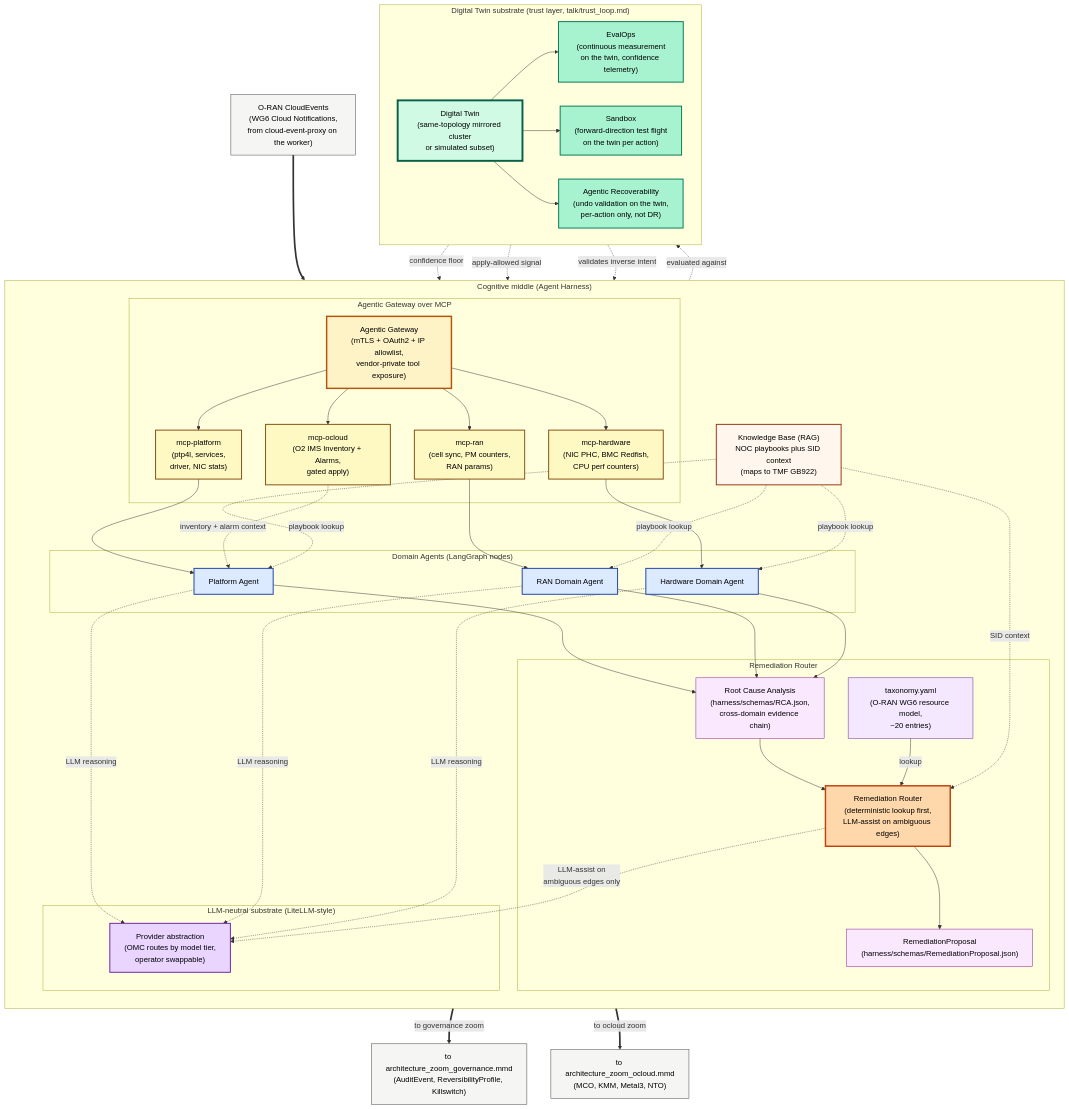
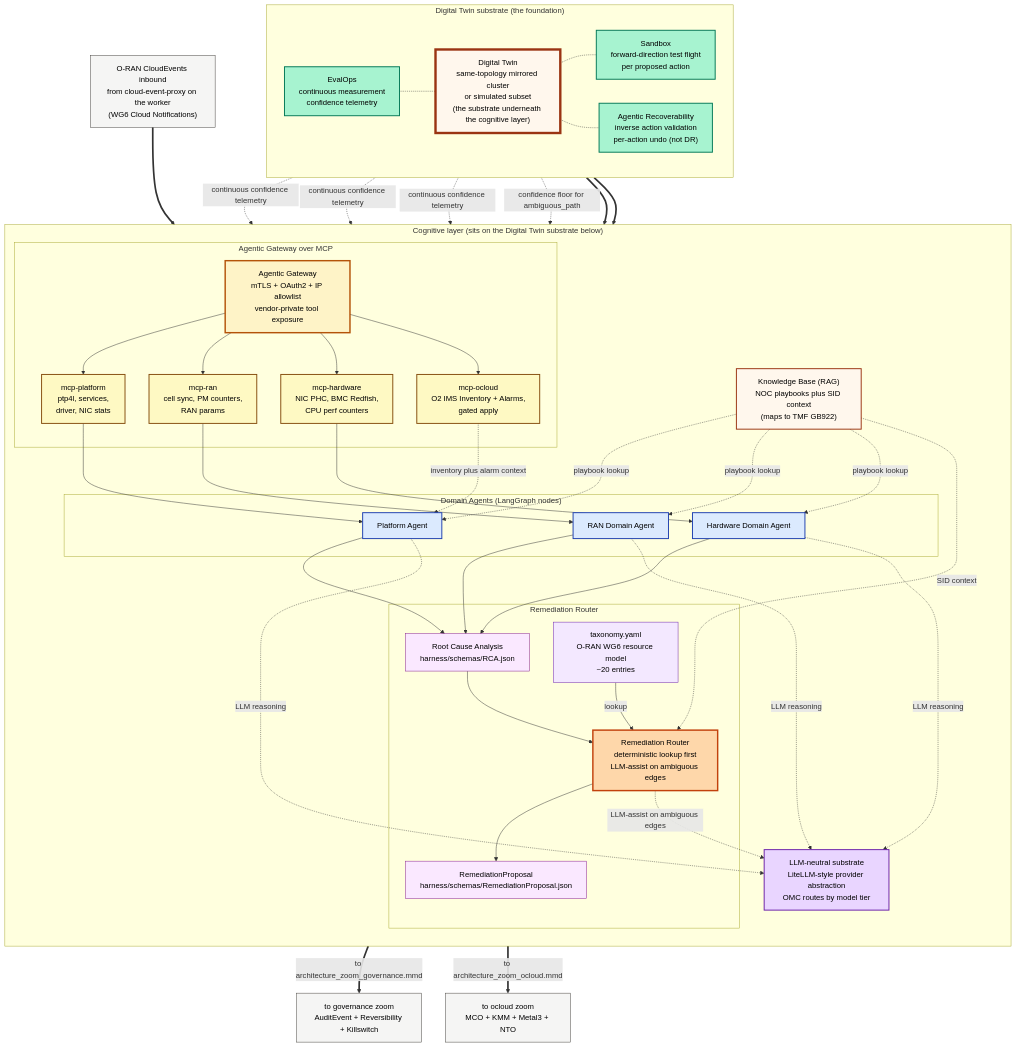
Before and after one commit to dkypuros/oran-agent-harness: the diagram in talk/architecture_zoom_cognitive.mmd, drawn with Mermaid. The commit also changed 2 other files, not shown here.

```diff
--- a/talk/architecture_zoom_cognitive.mmd
+++ b/talk/architecture_zoom_cognitive.mmd
@@ -1,101 +1,104 @@
 %% architecture_zoom_cognitive.mmd
-%% Companion zoom diagram to talk/architecture.mmd (the macro view).
-%% Middle of the closed-loop system: Agentic Gateway, MCP servers, domain agents,
-%% Remediation Router, and the Digital Twin substrate that supports EvalOps, Sandbox,
-%% and Agentic Recoverability.
+%% Companion zoom diagram to talk/architecture.mmd (the macro).
+%% Double-click on the Agent Harness box of the macro: the Agentic Gateway, four MCP servers,
+%% three domain agents, the Remediation Router, the LLM-neutral substrate, all sitting on top
+%% of the Digital Twin substrate as their foundation.
+%% The twin runs horizontally across the bottom of the diagram. EvalOps is a continuous-loop
+%% activity, drawn with dashed bidirectional arrows up to the cognitive components.
+%% Sandbox and Agentic Recoverability are actions on the twin that inform the Proposal artifact.
 %% Read alongside: talk/trust_loop.md, talk/architecture_narrative.md sections 2 and 4.
 
 flowchart TB
 
-    %% Inbound: CloudEvents from the observation loop (see macro view)
-    Inbound["O-RAN CloudEvents<br/>(WG6 Cloud Notifications,<br/>from cloud-event-proxy on the worker)"]:::external
+    Inbound["O-RAN CloudEvents inbound<br/>from cloud-event-proxy on the worker<br/>(WG6 Cloud Notifications)"]:::external
 
-    subgraph Cognitive["Cognitive middle (Agent Harness)"]
+    subgraph CognitiveLayer["Cognitive layer (sits on the Digital Twin substrate below)"]
         direction TB
 
         subgraph GatewayLayer["Agentic Gateway over MCP"]
-            Gateway["Agentic Gateway<br/>(mTLS + OAuth2 + IP allowlist,<br/>vendor-private tool exposure)"]:::gateway
-            McpPlat["mcp-platform<br/>(ptp4l, services,<br/>driver, NIC stats)"]:::mcp
-            McpRan["mcp-ran<br/>(cell sync, PM counters,<br/>RAN params)"]:::mcp
-            McpHw["mcp-hardware<br/>(NIC PHC, BMC Redfish,<br/>CPU perf counters)"]:::mcp
-            McpOcloud["mcp-ocloud<br/>(O2 IMS Inventory + Alarms,<br/>gated apply)"]:::mcp
+            Gateway["Agentic Gateway<br/>mTLS + OAuth2 + IP allowlist<br/>vendor-private tool exposure"]:::gateway
+            McpPlat["mcp-platform<br/>ptp4l, services,<br/>driver, NIC stats"]:::mcp
+            McpRan["mcp-ran<br/>cell sync, PM counters,<br/>RAN params"]:::mcp
+            McpHw["mcp-hardware<br/>NIC PHC, BMC Redfish,<br/>CPU perf counters"]:::mcp
+            McpOcloud["mcp-ocloud<br/>O2 IMS Inventory + Alarms,<br/>gated apply"]:::mcp
             Gateway --> McpPlat
             Gateway --> McpRan
             Gateway --> McpHw
             Gateway --> McpOcloud
         end
 
         subgraph AgentLayer["Domain Agents (LangGraph nodes)"]
             PlatA["Platform Agent"]:::agent
             RanA["RAN Domain Agent"]:::agent
             HwA["Hardware Domain Agent"]:::agent
         end
 
         KB["Knowledge Base (RAG)<br/>NOC playbooks plus SID context<br/>(maps to TMF GB922)"]:::kb
 
         subgraph RouterLayer["Remediation Router"]
-            RCA["Root Cause Analysis<br/>(harness/schemas/RCA.json,<br/>cross-domain evidence chain)"]:::artifact
-            Taxonomy["taxonomy.yaml<br/>(O-RAN WG6 resource model,<br/>~20 entries)"]:::config
-            Router["Remediation Router<br/>(deterministic lookup first,<br/>LLM-assist on ambiguous edges)"]:::router
-            Proposal["RemediationProposal<br/>(harness/schemas/RemediationProposal.json)"]:::artifact
+            RCA["Root Cause Analysis<br/>harness/schemas/RCA.json"]:::artifact
+            Taxonomy["taxonomy.yaml<br/>O-RAN WG6 resource model<br/>~20 entries"]:::config
+            Router["Remediation Router<br/>deterministic lookup first<br/>LLM-assist on ambiguous edges"]:::router
+            Proposal["RemediationProposal<br/>harness/schemas/RemediationProposal.json"]:::artifact
             RCA --> Router
             Taxonomy -- "lookup" --> Router
             Router --> Proposal
         end
 
-        subgraph LlmLayer["LLM-neutral substrate (LiteLLM-style)"]
-            LiteLLM["Provider abstraction<br/>(OMC routes by model tier,<br/>operator swappable)"]:::llm
-        end
+        LiteLLM["LLM-neutral substrate<br/>LiteLLM-style provider abstraction<br/>OMC routes by model tier"]:::llm
 
         McpPlat --> PlatA
         McpRan --> RanA
         McpHw --> HwA
-        McpOcloud -. "inventory + alarm context" .-> PlatA
+        McpOcloud -. "inventory plus alarm context" .-> PlatA
         PlatA --> RCA
         RanA --> RCA
         HwA --> RCA
         KB -. "playbook lookup" .-> PlatA
         KB -. "playbook lookup" .-> RanA
         KB -. "playbook lookup" .-> HwA
         KB -. "SID context" .-> Router
         PlatA -. "LLM reasoning" .-> LiteLLM
         RanA -. "LLM reasoning" .-> LiteLLM
         HwA -. "LLM reasoning" .-> LiteLLM
-        Router -. "LLM-assist on<br/>ambiguous edges only" .-> LiteLLM
+        Router -. "LLM-assist on ambiguous edges" .-> LiteLLM
     end
 
-    %% Digital Twin substrate (trust_loop.md content)
-    subgraph TwinSubstrate["Digital Twin substrate (trust layer, talk/trust_loop.md)"]
+    subgraph TwinSubstrate["Digital Twin substrate (the foundation)"]
         direction LR
-        Twin["Digital Twin<br/>(same-topology mirrored cluster<br/>or simulated subset)"]:::twin
-        EvalOps["EvalOps<br/>(continuous measurement<br/>on the twin, confidence telemetry)"]:::activity
-        Sandbox["Sandbox<br/>(forward-direction test flight<br/>on the twin per action)"]:::activity
-        Recoverability["Agentic Recoverability<br/>(undo validation on the twin,<br/>per-action only, not DR)"]:::activity
-        Twin --> EvalOps
-        Twin --> Sandbox
-        Twin --> Recoverability
+        EvalOps["EvalOps<br/>continuous measurement<br/>confidence telemetry"]:::activity
+        Twin["Digital Twin<br/>same-topology mirrored cluster<br/>or simulated subset<br/>(the substrate underneath the cognitive layer)"]:::twin
+        Sandbox["Sandbox<br/>forward-direction test flight<br/>per proposed action"]:::activity
+        Recoverability["Agentic Recoverability<br/>inverse action validation<br/>per-action undo (not DR)"]:::activity
+        EvalOps -.- Twin
+        Twin -.- Sandbox
+        Twin -.- Recoverability
     end
 
-    %% Flows
     Inbound ==> Gateway
-    Proposal -. "evaluated against" .-> Twin
-    EvalOps -. "confidence floor" .-> Router
-    Sandbox -. "apply-allowed signal" .-> Proposal
-    Recoverability -. "validates inverse intent" .-> Proposal
 
-    %% Outbound: Proposal flows out to governance + execution
-    Proposal == "to governance zoom" ==> Outbound["to architecture_zoom_governance.mmd<br/>(AuditEvent, ReversibilityProfile, Killswitch)"]:::external
-    Proposal == "to ocloud zoom" ==> Outbound2["to architecture_zoom_ocloud.mmd<br/>(MCO, KMM, Metal3, NTO)"]:::external
+    %% EvalOps continuous loops up to agents and Router
+    EvalOps -. "continuous confidence telemetry" .-> PlatA
+    EvalOps -. "continuous confidence telemetry" .-> RanA
+    EvalOps -. "continuous confidence telemetry" .-> HwA
+    EvalOps -. "confidence floor for ambiguous_path" .-> Router
 
-    %% Styling
+    %% Sandbox and Recoverability inform the Proposal
+    Sandbox ==> Proposal
+    Recoverability ==> Proposal
+
+    %% Proposal flows outward to the other zooms
+    Proposal == "to architecture_zoom_governance.mmd" ==> OutGov["to governance zoom<br/>AuditEvent + Reversibility + Killswitch"]:::external
+    Proposal == "to architecture_zoom_ocloud.mmd" ==> OutOcloud["to ocloud zoom<br/>MCO + KMM + Metal3 + NTO"]:::external
+
     classDef external fill:#f5f5f4,stroke:#44403c,color:#000
     classDef gateway fill:#fef3c7,stroke:#b45309,color:#000,stroke-width:3px
     classDef mcp fill:#fef9c3,stroke:#854d0e,color:#000,stroke-width:2px
     classDef agent fill:#dbeafe,stroke:#1e40af,color:#000,stroke-width:2px
     classDef router fill:#fed7aa,stroke:#c2410c,color:#000,stroke-width:3px
     classDef artifact fill:#fae8ff,stroke:#86198f,color:#000
     classDef config fill:#f3e8ff,stroke:#6b21a8,color:#000
     classDef kb fill:#fff7ed,stroke:#9a3412,color:#000,stroke-width:2px
     classDef llm fill:#e9d5ff,stroke:#6b21a8,color:#000,stroke-width:2px
-    classDef twin fill:#d1fae5,stroke:#065f46,color:#000,stroke-width:4px
+    classDef twin fill:#fff7ed,stroke:#9a3412,color:#000,stroke-width:5px
     classDef activity fill:#a7f3d0,stroke:#047857,color:#000,stroke-width:2px
```
